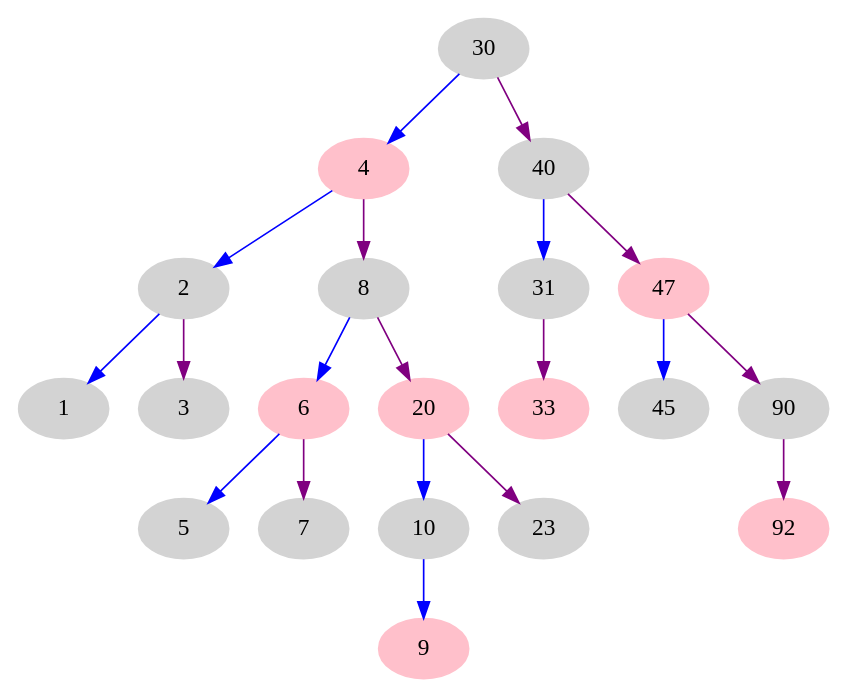
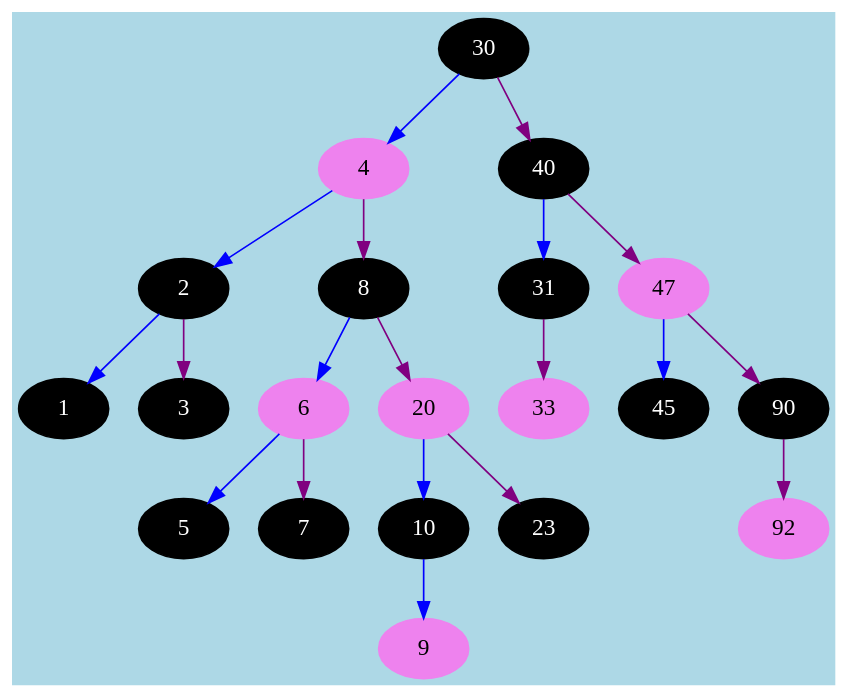
One commit to tomuwhu/cpp changed the diagram in rbt.dot. Above: the diagram before and after it, drawn with Graphviz. The commit also changed 4 other files, not shown here.

```diff
--- a/rbt.dot
+++ b/rbt.dot
@@ -1,41 +1,42 @@
 digraph RedBlackTree {
-30 [style=filled, label="30", color=lightgray]
+bgcolor="lightblue"
+30 [style=filled, label="30", fontcolor=white, color=black]
 30 -> 4 [color="blue"]
-4 [style=filled, label="4", color=pink]
+4 [style=filled, label="4", fontcolor=black, color=violet]
 4 -> 2 [color="blue"]
-2 [style=filled, label="2", color=lightgray]
+2 [style=filled, label="2", fontcolor=white, color=black]
 2 -> 1 [color="blue"]
-1 [style=filled, label="1", color=lightgray]
+1 [style=filled, label="1", fontcolor=white, color=black]
 2 -> 3 [color="purple"]
-3 [style=filled, label="3", color=lightgray]
+3 [style=filled, label="3", fontcolor=white, color=black]
 4 -> 8 [color="purple"]
-8 [style=filled, label="8", color=lightgray]
+8 [style=filled, label="8", fontcolor=white, color=black]
 8 -> 6 [color="blue"]
-6 [style=filled, label="6", color=pink]
+6 [style=filled, label="6", fontcolor=black, color=violet]
 6 -> 5 [color="blue"]
-5 [style=filled, label="5", color=lightgray]
+5 [style=filled, label="5", fontcolor=white, color=black]
 6 -> 7 [color="purple"]
-7 [style=filled, label="7", color=lightgray]
+7 [style=filled, label="7", fontcolor=white, color=black]
 8 -> 20 [color="purple"]
-20 [style=filled, label="20", color=pink]
+20 [style=filled, label="20", fontcolor=black, color=violet]
 20 -> 10 [color="blue"]
-10 [style=filled, label="10", color=lightgray]
+10 [style=filled, label="10", fontcolor=white, color=black]
 10 -> 9 [color="blue"]
-9 [style=filled, label="9", color=pink]
+9 [style=filled, label="9", fontcolor=black, color=violet]
 20 -> 23 [color="purple"]
-23 [style=filled, label="23", color=lightgray]
+23 [style=filled, label="23", fontcolor=white, color=black]
 30 -> 40 [color="purple"]
-40 [style=filled, label="40", color=lightgray]
+40 [style=filled, label="40", fontcolor=white, color=black]
 40 -> 31 [color="blue"]
-31 [style=filled, label="31", color=lightgray]
+31 [style=filled, label="31", fontcolor=white, color=black]
 31 -> 33 [color="purple"]
-33 [style=filled, label="33", color=pink]
+33 [style=filled, label="33", fontcolor=black, color=violet]
 40 -> 47 [color="purple"]
-47 [style=filled, label="47", color=pink]
+47 [style=filled, label="47", fontcolor=black, color=violet]
 47 -> 45 [color="blue"]
-45 [style=filled, label="45", color=lightgray]
+45 [style=filled, label="45", fontcolor=white, color=black]
 47 -> 90 [color="purple"]
-90 [style=filled, label="90", color=lightgray]
+90 [style=filled, label="90", fontcolor=white, color=black]
 90 -> 92 [color="purple"]
-92 [style=filled, label="92", color=pink]
+92 [style=filled, label="92", fontcolor=black, color=violet]
 }
```
